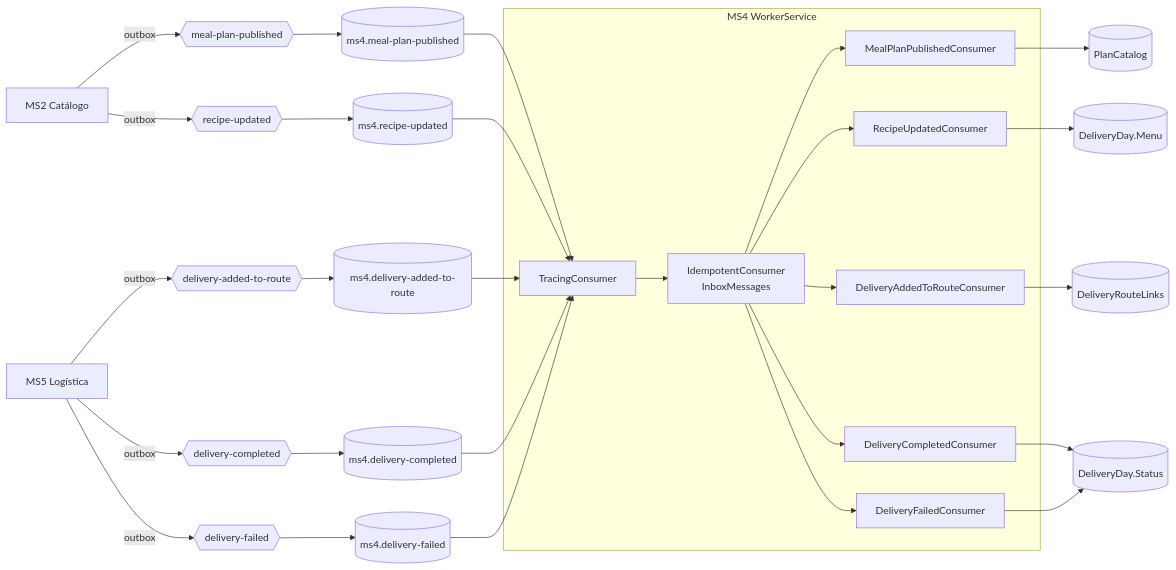
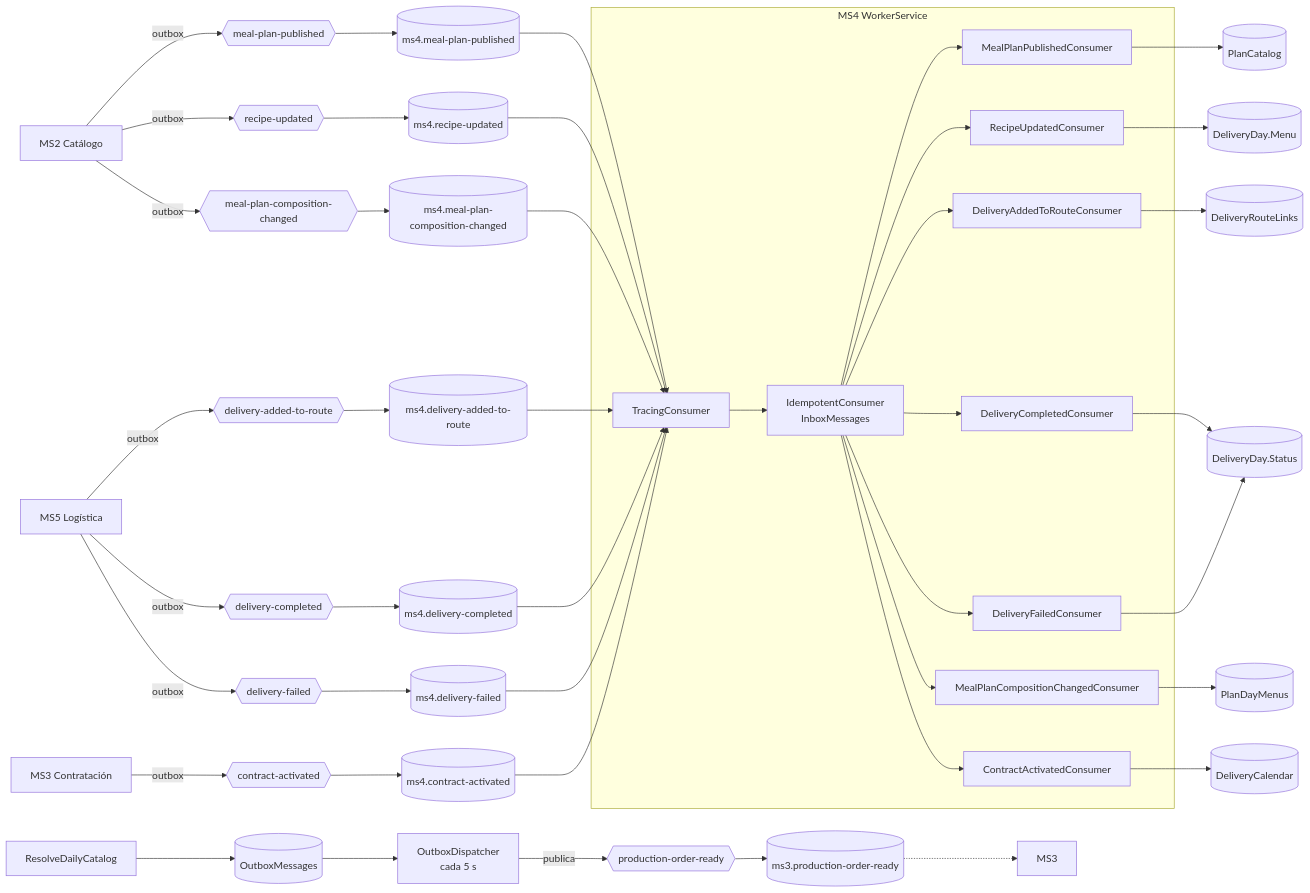
The diagram in services/ms4-delivery-calendar/messaging.md (Nur-tricenter/knowledge), drawn with Mermaid before and after one commit. The commit also changed other lines of this file and 43 other files, not shown here.

````diff
--- a/services/ms4-delivery-calendar/messaging.md
+++ b/services/ms4-delivery-calendar/messaging.md
@@ -45,31 +73,44 @@
 ```mermaid
 flowchart LR
   MS2[MS2 Catálogo] -- outbox --> X1{{meal-plan-published}}
   MS2 -- outbox --> X2{{recipe-updated}}
+  MS2 -- outbox --> X6{{meal-plan-composition-changed}}
+  MS3[MS3 Contratación] -- outbox --> X7{{contract-activated}}
   MS5[MS5 Logística] -- outbox --> X3{{delivery-added-to-route}}
   MS5 -- outbox --> X4{{delivery-completed}}
   MS5 -- outbox --> X5{{delivery-failed}}
   X1 --> Q1[(ms4.meal-plan-published)]
   X2 --> Q2[(ms4.recipe-updated)]
   X3 --> Q3[(ms4.delivery-added-to-route)]
   X4 --> Q4[(ms4.delivery-completed)]
   X5 --> Q5[(ms4.delivery-failed)]
+  X6 --> Q6[(ms4.meal-plan-composition-changed)]
+  X7 --> Q7[(ms4.contract-activated)]
   subgraph W[MS4 WorkerService]
     T[TracingConsumer] --> I[IdempotentConsumer<br/>InboxMessages]
     I --> H1[MealPlanPublishedConsumer]
     I --> H2[RecipeUpdatedConsumer]
     I --> H3[DeliveryAddedToRouteConsumer]
     I --> H4[DeliveryCompletedConsumer]
     I --> H5[DeliveryFailedConsumer]
+    I --> H6[MealPlanCompositionChangedConsumer]
+    I --> H7[ContractActivatedConsumer]
   end
   Q1 --> T
   Q2 --> T
   Q3 --> T
   Q4 --> T
   Q5 --> T
+  Q6 --> T
+  Q7 --> T
   H1 --> PC[(PlanCatalog)]
   H2 --> DD[(DeliveryDay.Menu)]
   H3 --> LK[(DeliveryRouteLinks)]
   H4 --> DS[(DeliveryDay.Status)]
   H5 --> DS
+  H6 --> PM[(PlanDayMenus)]
+  H7 --> CAL[(DeliveryCalendar)]
+  RS[ResolveDailyCatalog] --> OB[(OutboxMessages)]
+  OB --> OD[OutboxDispatcher<br/>cada 5 s] -- publica --> XP{{production-order-ready}}
+  XP --> QP[(ms3.production-order-ready)] -.-> MS3b[MS3]
 ```
````
